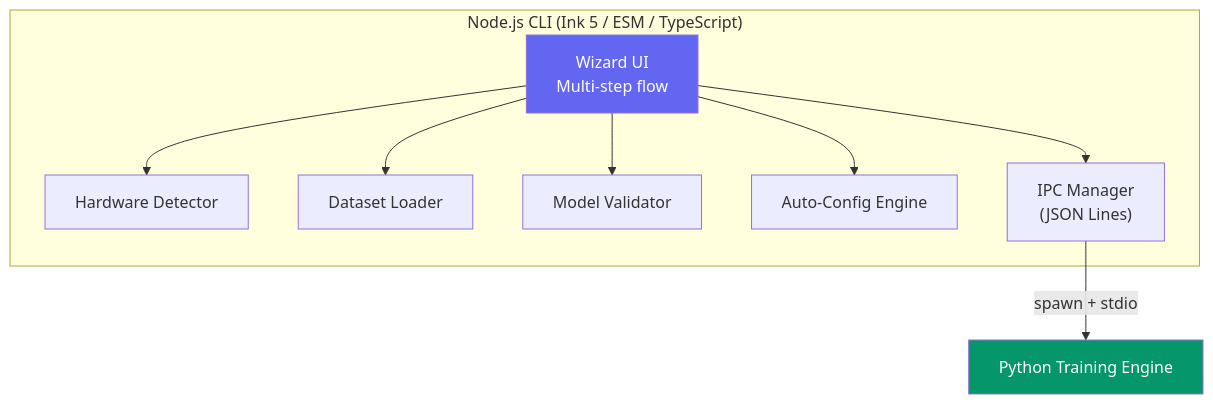
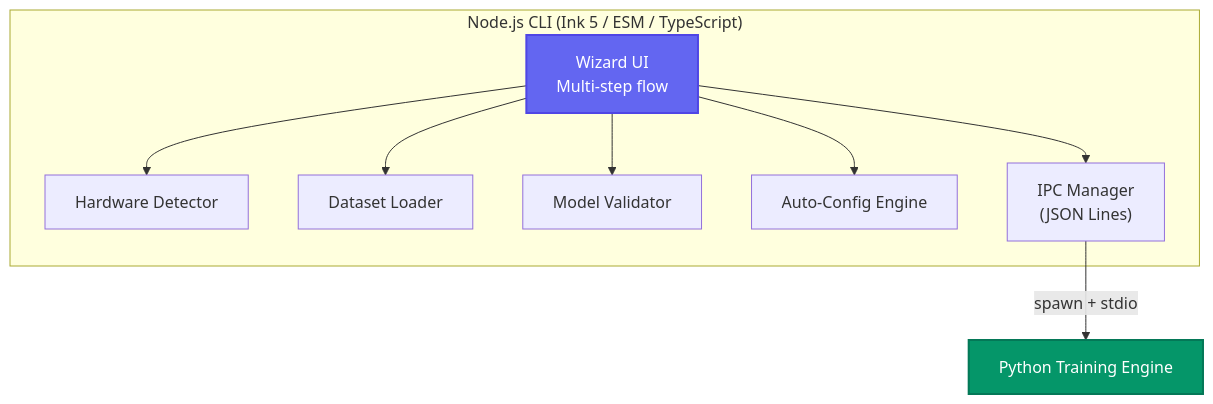
Before and after one commit to arrshh12/orb: the first of 2 diagrams in README.md, drawn with Mermaid. The commit also changed other lines of this file, not shown here.

````diff
--- a/README.md
+++ b/README.md
@@ -25,15 +71,15 @@
 ```mermaid
 graph TB
     subgraph "Node.js CLI (Ink 5 / ESM / TypeScript)"
         A["Wizard UI<br/>Multi-step flow"] --> B["Hardware Detector"]
         A --> C["Dataset Loader"]
         A --> D["Model Validator"]
         A --> E["Auto-Config Engine"]
         A --> F["IPC Manager<br/>(JSON Lines)"]
     end
 
     F -->|"spawn + stdio"| G["Python Training Engine"]
     
-    style A fill:#6366f1,color:white
-    style G fill:#059669,color:white
+    style A fill:#6366f1,color:white,stroke:#4f46e5,stroke-width:2px
+    style G fill:#059669,color:white,stroke:#047857,stroke-width:2px
 ```
````
